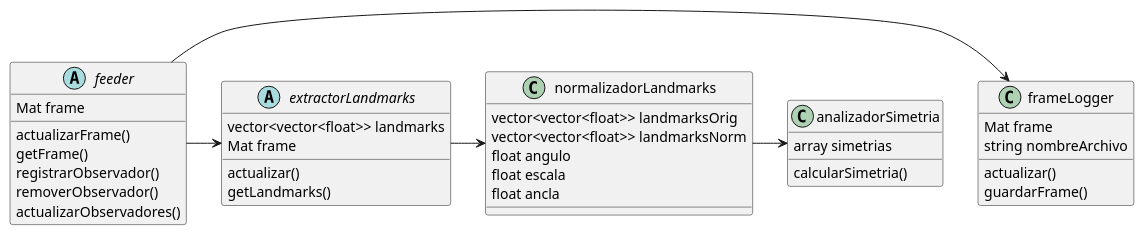
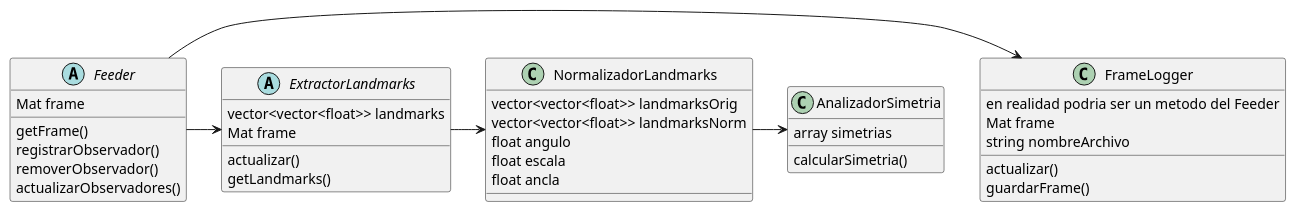
The first of 4 diagrams in Diagrama.puml (agustinavila/ProyectoVision), drawn with PlantUML before and after one commit. The commit also changed other lines of this file and 4 other files, not shown here.

```diff
--- a/Diagrama.puml
+++ b/Diagrama.puml
@@ -3,49 +3,50 @@
 @startuml proyectoVision
 
-abstract class feeder{
+abstract class Feeder{
+
 	Mat frame
-	actualizarFrame()
 	getFrame()
 	registrarObservador()
 	removerObservador()
 	actualizarObservadores()
 }
 
-class frameLogger{
+class FrameLogger{
+	en realidad podria ser un metodo del Feeder
 	Mat frame
 	string nombreArchivo
 	actualizar()
 	guardarFrame()
 }
-feeder -> frameLogger
+Feeder -> FrameLogger
 
-feeder->extractorLandmarks
+Feeder->ExtractorLandmarks
 
-abstract class extractorLandmarks{
+abstract class ExtractorLandmarks{
 	'debe definir todos los datos necesarios
 	'y los metodos para extraer y registrar los datos
 
 	vector<vector<float>> landmarks
 	Mat frame
 	actualizar()
 	getLandmarks()
 }
 
-extractorLandmarks->normalizadorLandmarks
+ExtractorLandmarks->NormalizadorLandmarks
 
-class normalizadorLandmarks{
+class NormalizadorLandmarks{
 	vector<vector<float>> landmarksOrig
 	vector<vector<float>> landmarksNorm
 	float angulo
 	float escala
 	float ancla
 }
 
-class analizadorSimetria{
+class AnalizadorSimetria{
 array simetrias
 calcularSimetria()
 }
 
-normalizadorLandmarks -> analizadorSimetria
+NormalizadorLandmarks -> AnalizadorSimetria
 
 @enduml
```
